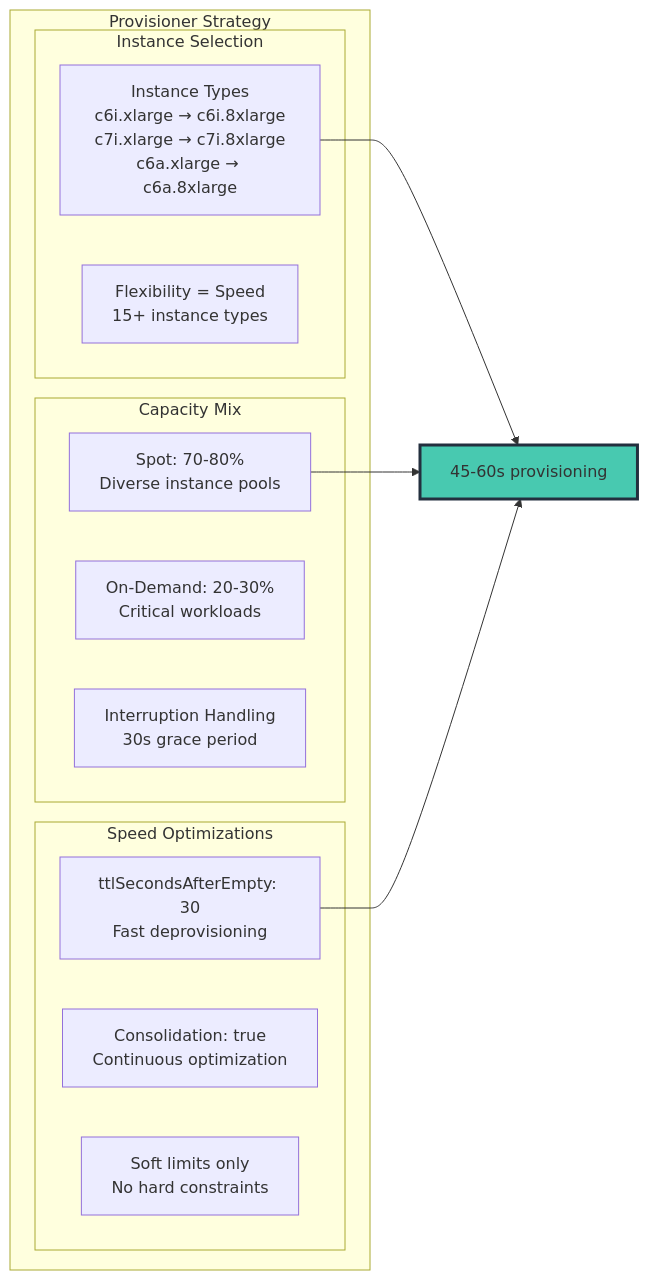
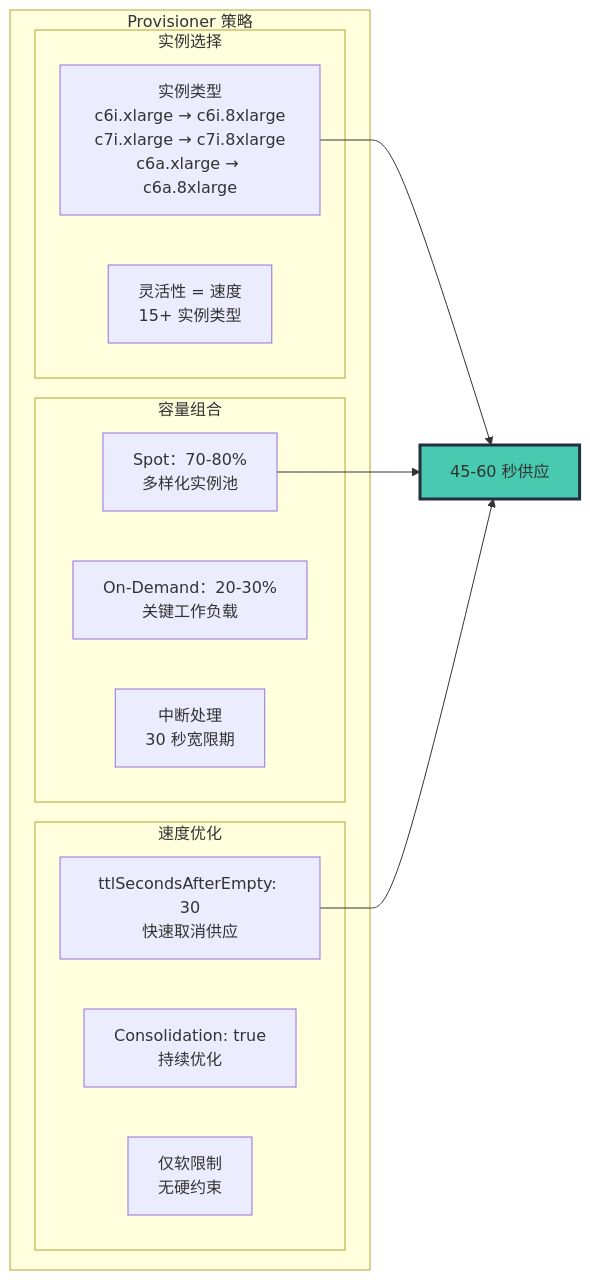
The tenth of 18 diagrams in i18n/zh/docusaurus-plugin-content-docs/current/infrastructure-optimization/karpenter-autoscaling.md (devfloor9/engineering-playbook), drawn with Mermaid before and after one commit. The commit also changed other lines of this file and 43 other files, not shown here.

````diff
--- a/i18n/zh/docusaurus-plugin-content-docs/current/infrastructure-optimization/karpenter-autoscaling.md
+++ b/i18n/zh/docusaurus-plugin-content-docs/current/infrastructure-optimization/karpenter-autoscaling.md
@@ -335,28 +578,28 @@
 ```mermaid
 graph LR
-    subgraph "Provisioner Strategy"
-        subgraph "Instance Selection"
-            IT[Instance Types<br/>c6i.xlarge → c6i.8xlarge<br/>c7i.xlarge → c7i.8xlarge<br/>c6a.xlarge → c6a.8xlarge]
-            FLEX[Flexibility = Speed<br/>15+ instance types]
+    subgraph "Provisioner 策略"
+        subgraph "实例选择"
+            IT[实例类型<br/>c6i.xlarge → c6i.8xlarge<br/>c7i.xlarge → c7i.8xlarge<br/>c6a.xlarge → c6a.8xlarge]
+            FLEX[灵活性 = 速度<br/>15+ 实例类型]
         end
 
-        subgraph "Capacity Mix"
-            SPOT[Spot: 70-80%<br/>Diverse instance pools]
-            OD[On-Demand: 20-30%<br/>Critical workloads]
-            INT[Interruption Handling<br/>30s grace period]
+        subgraph "容量组合"
+            SPOT[Spot：70-80%<br/>多样化实例池]
+            OD[On-Demand：20-30%<br/>关键工作负载]
+            INT[中断处理<br/>30 秒宽限期]
         end
 
-        subgraph "Speed Optimizations"
-            TTL[ttlSecondsAfterEmpty: 30<br/>Fast deprovisioning]
-            CONS[Consolidation: true<br/>Continuous optimization]
-            LIMITS[Soft limits only<br/>No hard constraints]
+        subgraph "速度优化"
+            TTL[ttlSecondsAfterEmpty: 30<br/>快速取消供应]
+            CONS[Consolidation: true<br/>持续优化]
+            LIMITS[仅软限制<br/>无硬约束]
         end
     end
 
-    IT --> RESULT[45-60s provisioning]
+    IT --> RESULT[45-60 秒供应]
     SPOT --> RESULT
     TTL --> RESULT
 
     style RESULT fill:#48C9B0,stroke:#232f3e,stroke-width:3px
 
 ```
````
